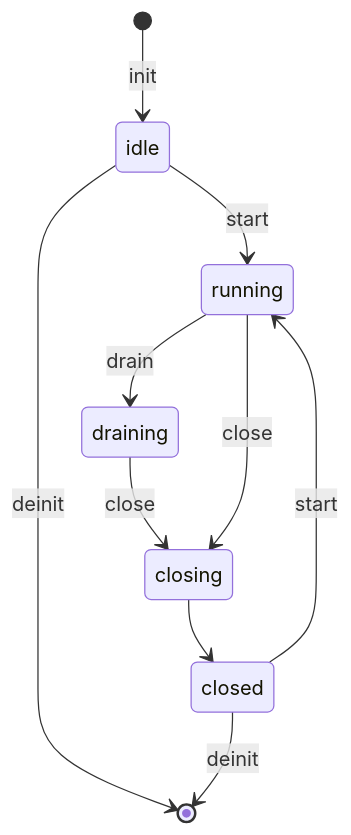
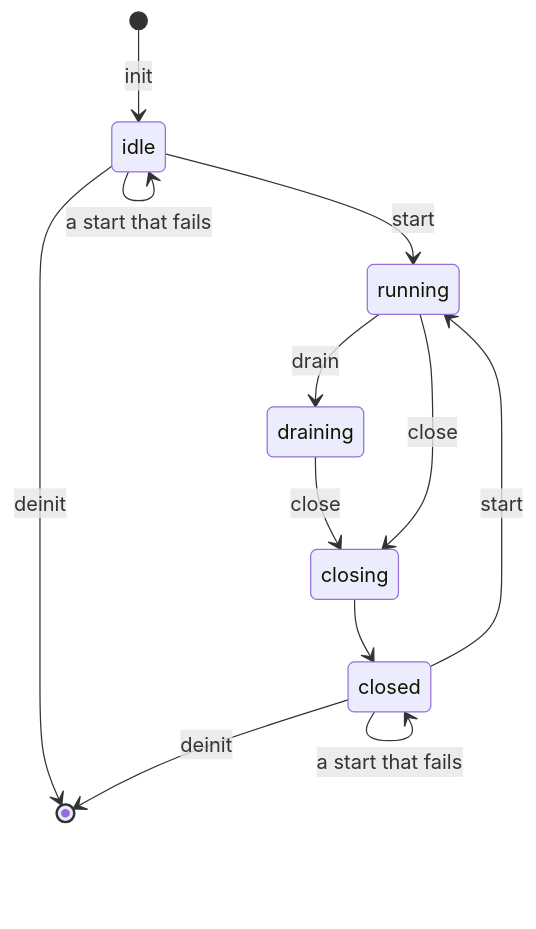
The fourth of 4 diagrams in src/rpc-nats/examples/writing-a-transport.md (vkiryakov/zefir), drawn with Mermaid before and after one commit. The commit also changed other lines of this file, not shown here.

````diff
--- a/src/rpc-nats/examples/writing-a-transport.md
+++ b/src/rpc-nats/examples/writing-a-transport.md
@@ -972,12 +1008,14 @@
 ```mermaid
 stateDiagram-v2
     [*] --> idle: init
     idle --> running: start
+    idle --> idle: a start that fails
     running --> draining: drain
     draining --> closing: close
     running --> closing: close
     closing --> closed
     closed --> running: start
+    closed --> closed: a start that fails
     idle --> [*]: deinit
     closed --> [*]: deinit
 ```
````
